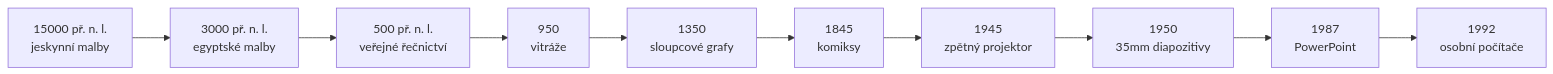
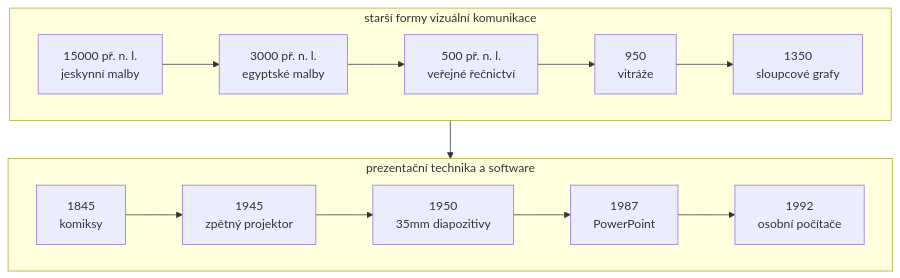
Before and after one commit to faitjaroslav-byte/informatika_EL3: the diagram in docs/cs/01-prezentace-jako-sdeleni.md, drawn with Mermaid.

Commit message:
Improve timeline readability

````diff
--- a/docs/cs/01-prezentace-jako-sdeleni.md
+++ b/docs/cs/01-prezentace-jako-sdeleni.md
@@ -14,12 +14,20 @@
 ```mermaid
-flowchart LR
-    A["15000 př. n. l.<br>jeskynní malby"] --> B["3000 př. n. l.<br>egyptské malby"]
-    B --> C["500 př. n. l.<br>veřejné řečnictví"]
-    C --> D["950<br>vitráže"]
-    D --> E["1350<br>sloupcové grafy"]
-    E --> F["1845<br>komiksy"]
-    F --> G["1945<br>zpětný projektor"]
-    G --> H["1950<br>35mm diapozitivy"]
-    H --> I["1987<br>PowerPoint"]
-    I --> J["1992<br>osobní počítače"]
+flowchart TB
+    subgraph R1["starší formy vizuální komunikace"]
+        direction LR
+        A["15000 př. n. l.<br>jeskynní malby"] --> B["3000 př. n. l.<br>egyptské malby"]
+        B --> C["500 př. n. l.<br>veřejné řečnictví"]
+        C --> D["950<br>vitráže"]
+        D --> E["1350<br>sloupcové grafy"]
+    end
+
+    subgraph R2["prezentační technika a software"]
+        direction LR
+        F["1845<br>komiksy"] --> G["1945<br>zpětný projektor"]
+        G --> H["1950<br>35mm diapozitivy"]
+        H --> I["1987<br>PowerPoint"]
+        I --> J["1992<br>osobní počítače"]
+    end
+
+    E --> F
 ```
````
